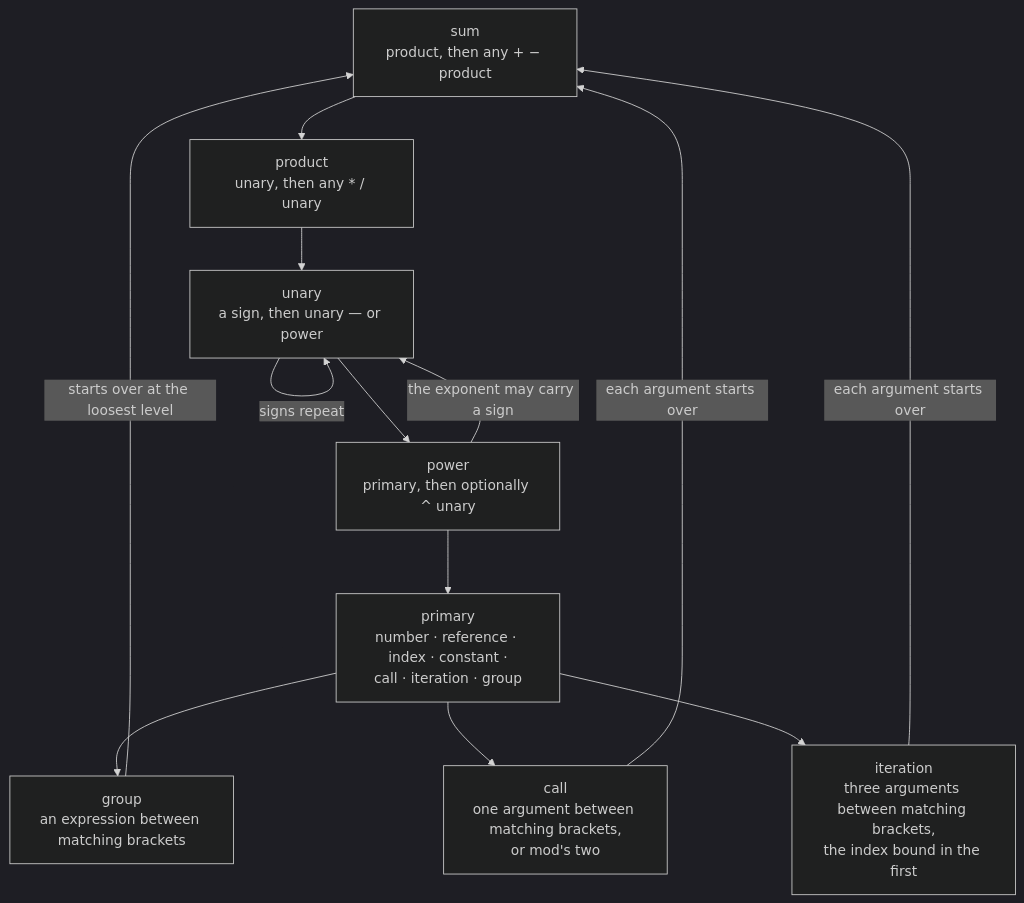
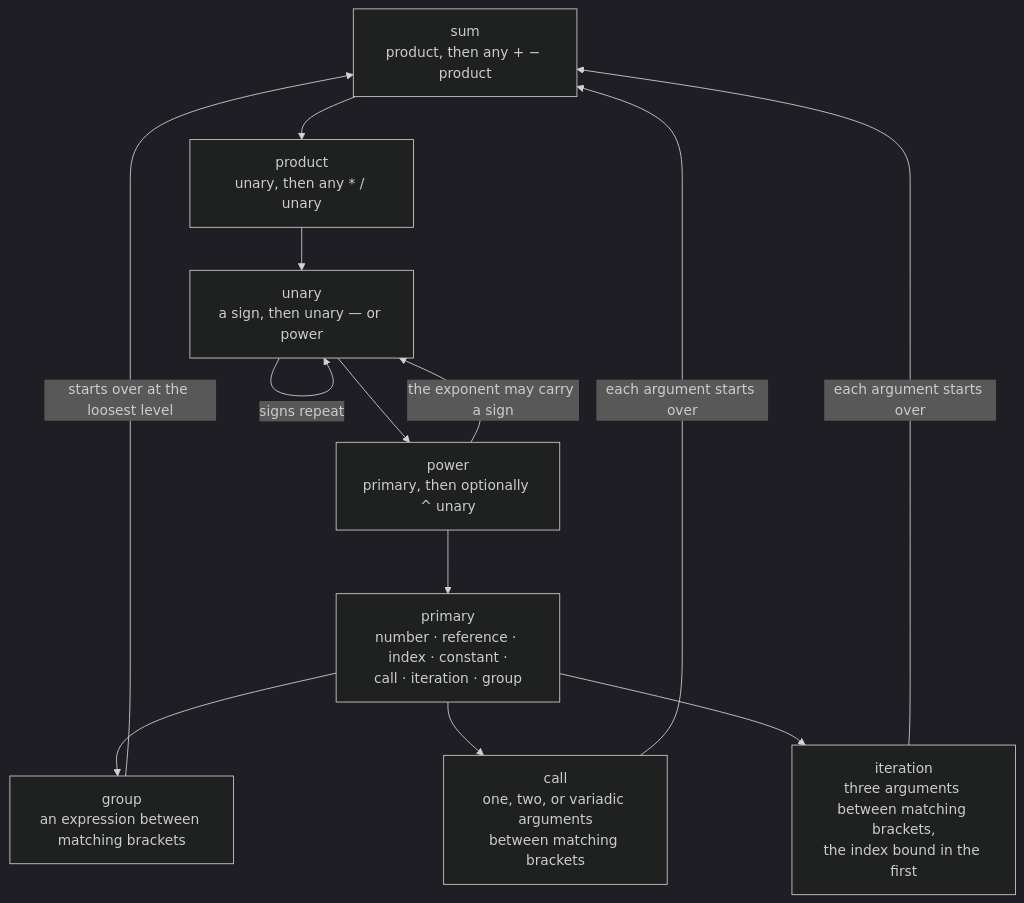
One commit to awpala/financial-calculators changed the sixth of 8 diagrams in src/lib/calculator/README.md. Above: the diagram before and after it, drawn with Mermaid (dark theme). The commit also changed other lines of this file and 17 other files, not shown here.

````diff
--- a/src/lib/calculator/README.md
+++ b/src/lib/calculator/README.md
@@ -583,15 +641,15 @@
 ```mermaid
 flowchart TD
     SUM["sum<br/>product, then any + − product"] --> PRODUCT["product<br/>unary, then any * / unary"]
     PRODUCT --> UNARY["unary<br/>a sign, then unary — or power"]
     UNARY --> POWER["power<br/>primary, then optionally ^ unary"]
     POWER --> PRIMARY["primary<br/>number · reference · index · constant ·<br/>call · iteration · group"]
     PRIMARY --> GROUP["group<br/>an expression between matching brackets"]
-    PRIMARY --> CALL["call<br/>one argument between matching brackets,<br/>or mod's two"]
+    PRIMARY --> CALL["call<br/>one, two, or variadic arguments<br/>between matching brackets"]
     PRIMARY --> ITERATION["iteration<br/>three arguments between matching brackets,<br/>the index bound in the first"]
     GROUP -- "starts over at the loosest level" --> SUM
     CALL -- "each argument starts over" --> SUM
     ITERATION -- "each argument starts over" --> SUM
     POWER -- "the exponent may carry a sign" --> UNARY
     UNARY -- "signs repeat" --> UNARY
 ```
````
